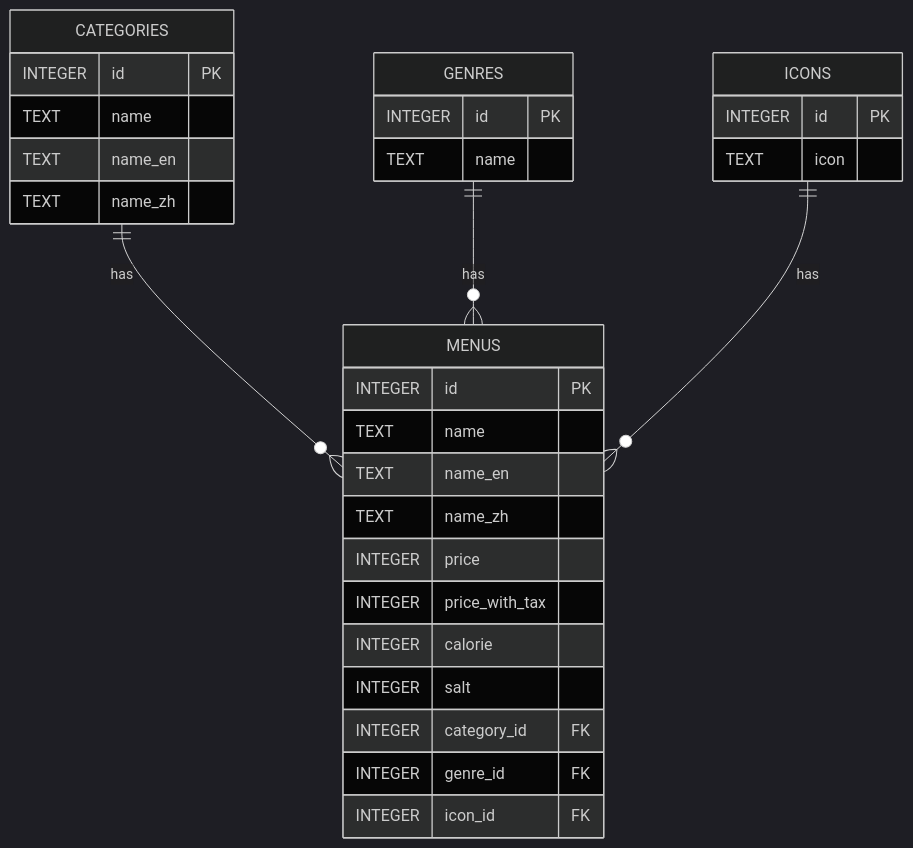
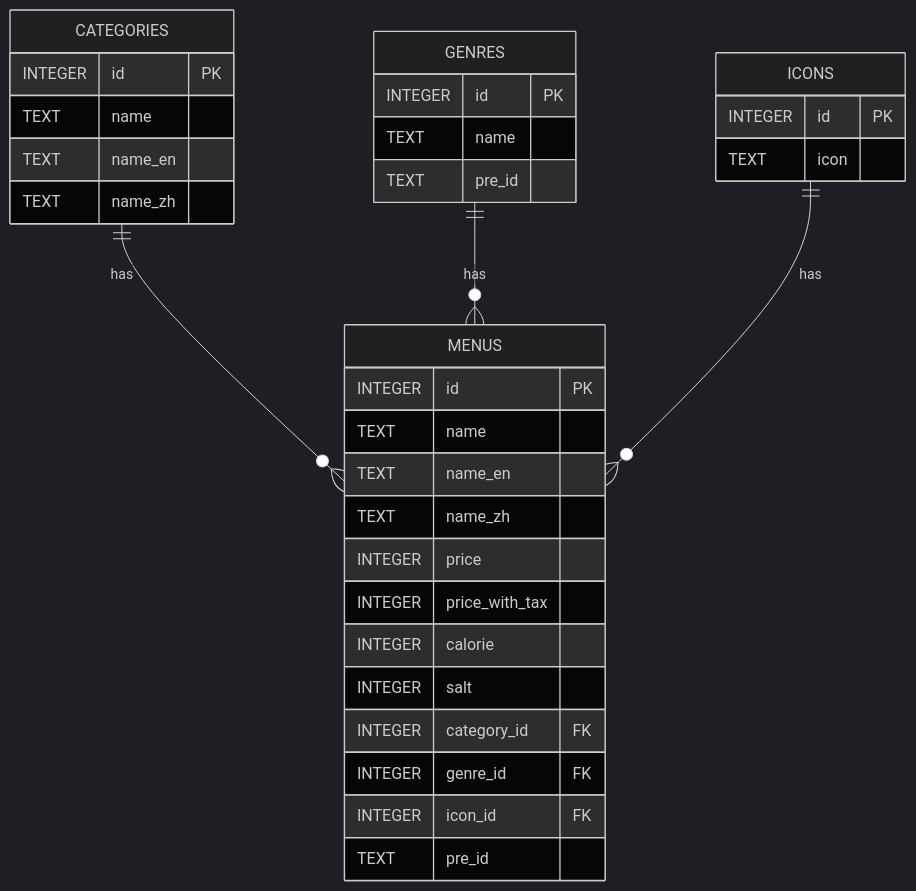
One commit to ryohidaka/saizeriya-menus changed the diagram in docs/database.md. Above: the diagram before and after it, drawn with Mermaid (dark theme). The commit also changed other lines of this file, not shown here.

````diff
--- a/docs/database.md
+++ b/docs/database.md
@@ -5,37 +5,39 @@
 ```mermaid
 erDiagram
     CATEGORIES {
         INTEGER id PK
         TEXT name
         TEXT name_en
         TEXT name_zh
     }
 
     GENRES {
         INTEGER id PK
         TEXT name
+        TEXT pre_id
     }
 
     ICONS {
         INTEGER id PK
         TEXT icon
     }
 
     MENUS {
         INTEGER id PK
         TEXT name
         TEXT name_en
         TEXT name_zh
         INTEGER price
         INTEGER price_with_tax
         INTEGER calorie
         INTEGER salt
         INTEGER category_id FK
         INTEGER genre_id FK
         INTEGER icon_id FK
+        TEXT pre_id
     }
 
     CATEGORIES ||--o{ MENUS: "has"
     GENRES ||--o{ MENUS: "has"
     ICONS ||--o{ MENUS: "has"
 ```
````
